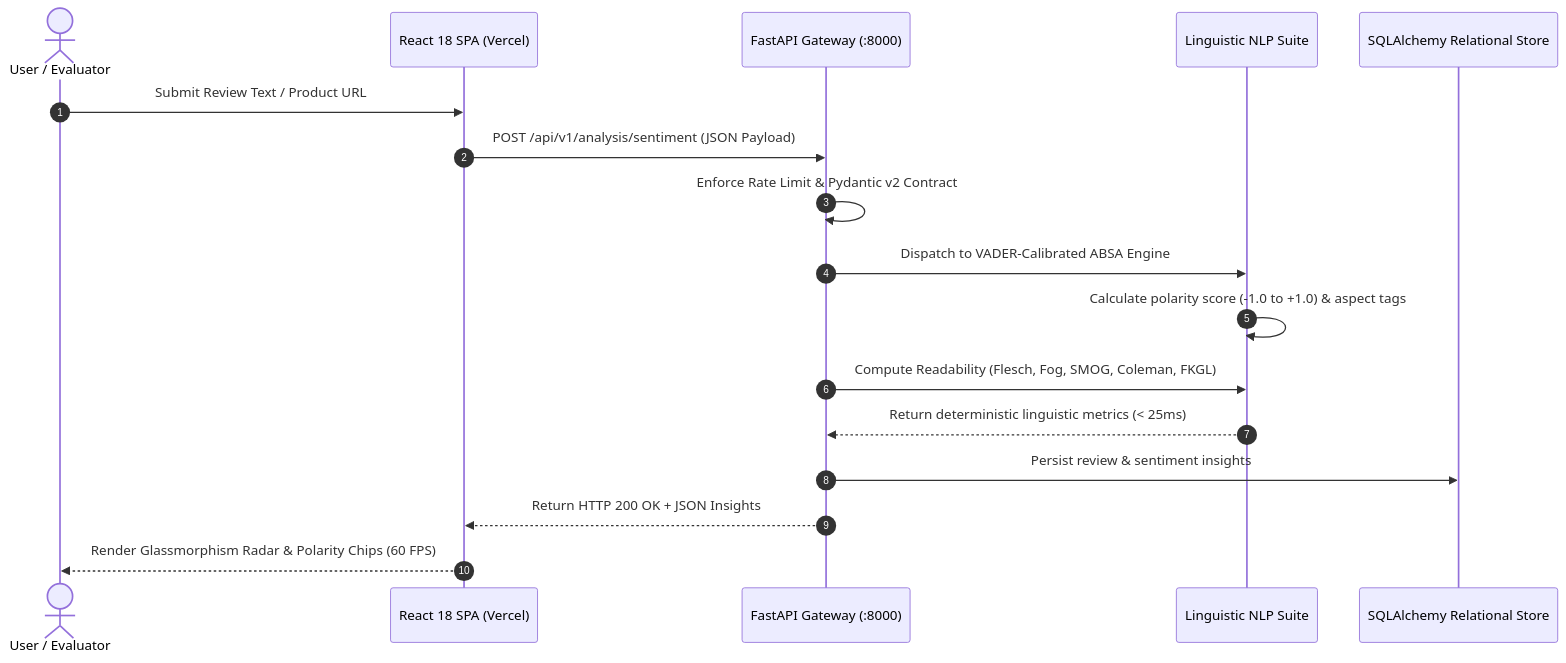
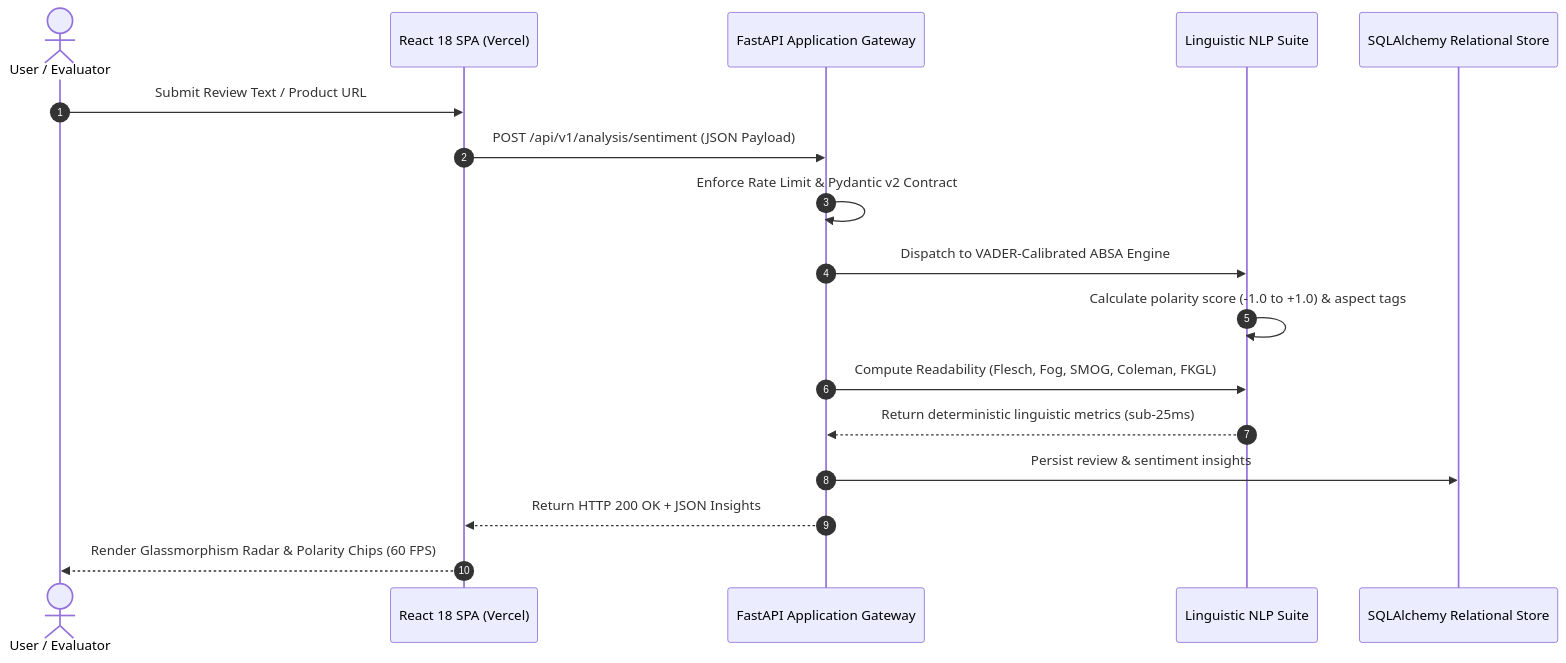
The second of 2 diagrams in README.md (alianassyed84-sys/INDUSTRY-READY-PROGRAM-MJCET), drawn with Mermaid before and after one commit. The commit also changed other lines of this file, not shown here.

Commit message:
fix(docs): resolve Mermaid syntax error for subgraphs and special characters

````diff
--- a/README.md
+++ b/README.md
@@ -123,20 +123,20 @@
 ```mermaid
 sequenceDiagram
     autonumber
     actor User as User / Evaluator
     participant UI as React 18 SPA (Vercel)
-    participant Gateway as FastAPI Gateway (:8000)
+    participant Gateway as FastAPI Application Gateway
     participant NLP as Linguistic NLP Suite
     participant DB as SQLAlchemy Relational Store
 
     User->>UI: Submit Review Text / Product URL
     UI->>Gateway: POST /api/v1/analysis/sentiment (JSON Payload)
     Gateway->>Gateway: Enforce Rate Limit & Pydantic v2 Contract
     Gateway->>NLP: Dispatch to VADER-Calibrated ABSA Engine
     NLP->>NLP: Calculate polarity score (-1.0 to +1.0) & aspect tags
     Gateway->>NLP: Compute Readability (Flesch, Fog, SMOG, Coleman, FKGL)
-    NLP-->>Gateway: Return deterministic linguistic metrics (< 25ms)
+    NLP-->>Gateway: Return deterministic linguistic metrics (sub-25ms)
     Gateway->>DB: Persist review & sentiment insights
     Gateway-->>UI: Return HTTP 200 OK + JSON Insights
     UI-->>User: Render Glassmorphism Radar & Polarity Chips (60 FPS)
 ```
````
